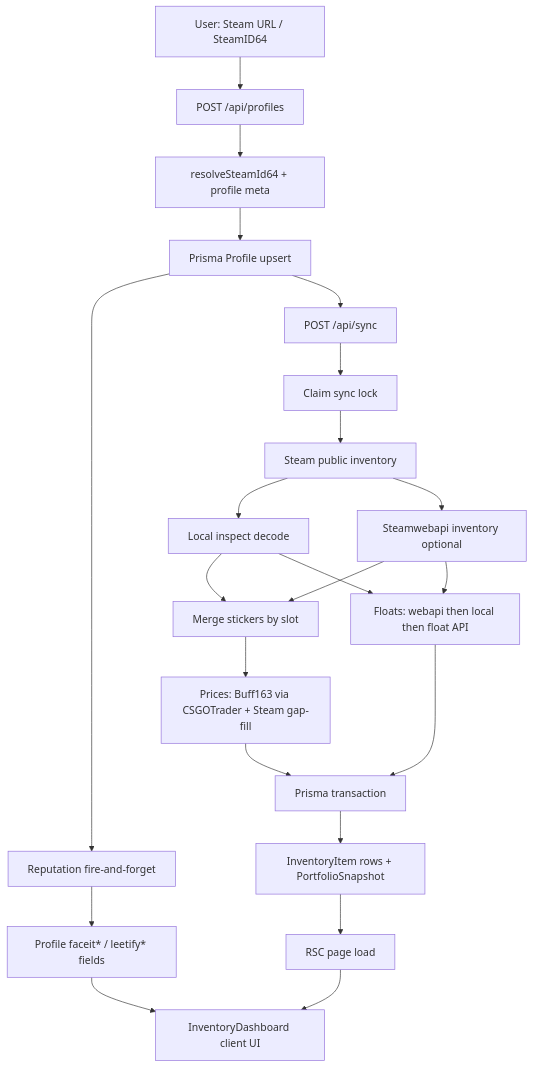
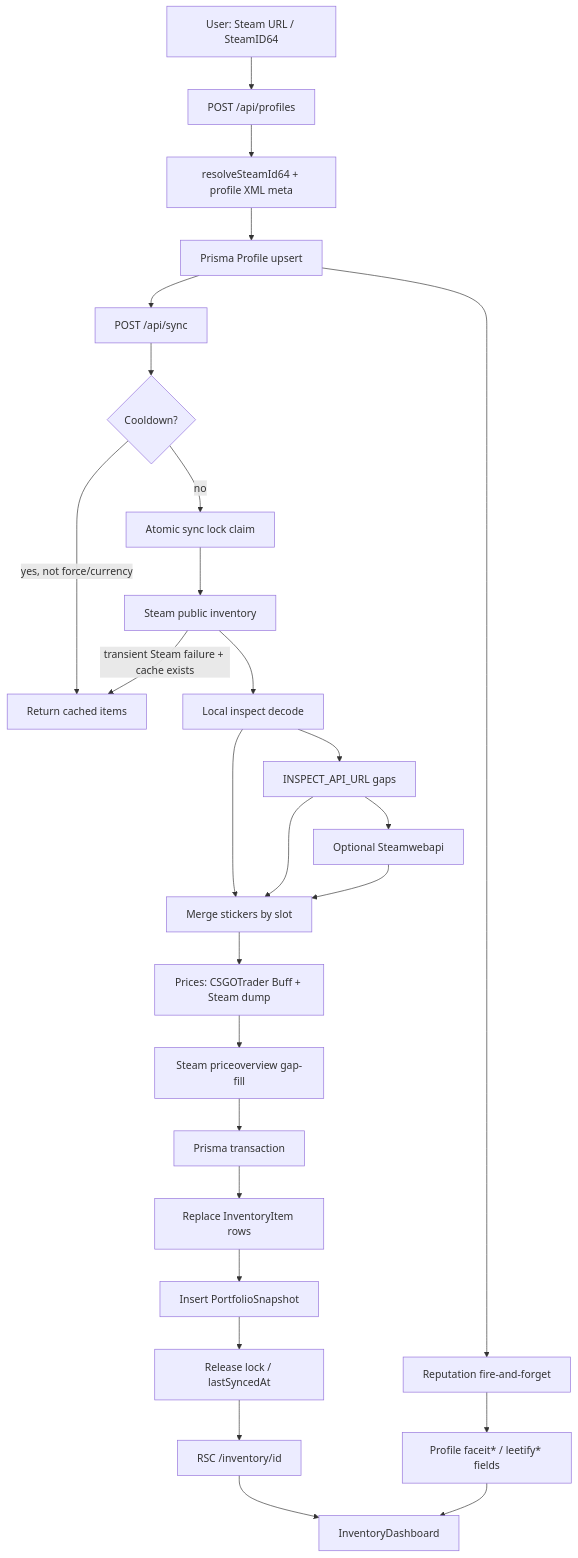
One commit to FreddyRik/SkinStation changed the second of 6 diagrams in ARCHITECTURE.md. Above: the diagram before and after it, drawn with Mermaid. The commit also changed other lines of this file and 1 other file, not shown here.

First line of the commit message:
Expand README and ARCHITECTURE with production-grade system docs.

````diff
--- a/ARCHITECTURE.md
+++ b/ARCHITECTURE.md
@@ -77,24 +217,29 @@
 ```mermaid
 flowchart TD
   A[User: Steam URL / SteamID64] --> B[POST /api/profiles]
-  B --> C[resolveSteamId64 + profile meta]
+  B --> C[resolveSteamId64 + profile XML meta]
   C --> D[Prisma Profile upsert]
   D --> E[Reputation fire-and-forget]
   D --> F[POST /api/sync]
-  F --> G[Claim sync lock]
-  G --> H[Steam public inventory]
-  H --> I[Local inspect decode]
-  H --> J[Steamwebapi inventory optional]
-  I --> K[Merge stickers by slot]
-  J --> K
-  J --> L[Floats: webapi then local then float API]
-  I --> L
-  K --> M[Prices: Buff163 via CSGOTrader + Steam gap-fill]
-  L --> N[Prisma transaction]
+  F --> G{Cooldown?}
+  G -->|yes, not force/currency| H[Return cached items]
+  G -->|no| I[Atomic sync lock claim]
+  I --> J[Steam public inventory]
+  J -->|transient Steam failure + cache exists| H
+  J --> K[Local inspect decode]
+  K --> L[INSPECT_API_URL gaps]
+  L --> M[Optional Steamwebapi]
+  K --> N[Merge stickers by slot]
+  L --> N
   M --> N
-  N --> O[InventoryItem rows + PortfolioSnapshot]
-  O --> P[RSC page load]
-  P --> Q[InventoryDashboard client UI]
-  E --> R[Profile faceit* / leetify* fields]
-  R --> Q
+  N --> O[Prices: CSGOTrader Buff + Steam dump]
+  O --> P[Steam priceoverview gap-fill]
+  P --> Q[Prisma transaction]
+  Q --> R[Replace InventoryItem rows]
+  R --> S[Insert PortfolioSnapshot]
+  S --> T[Release lock / lastSyncedAt]
+  T --> U[RSC /inventory/id]
+  U --> V[InventoryDashboard]
+  E --> W[Profile faceit* / leetify* fields]
+  W --> V
 ```
````
